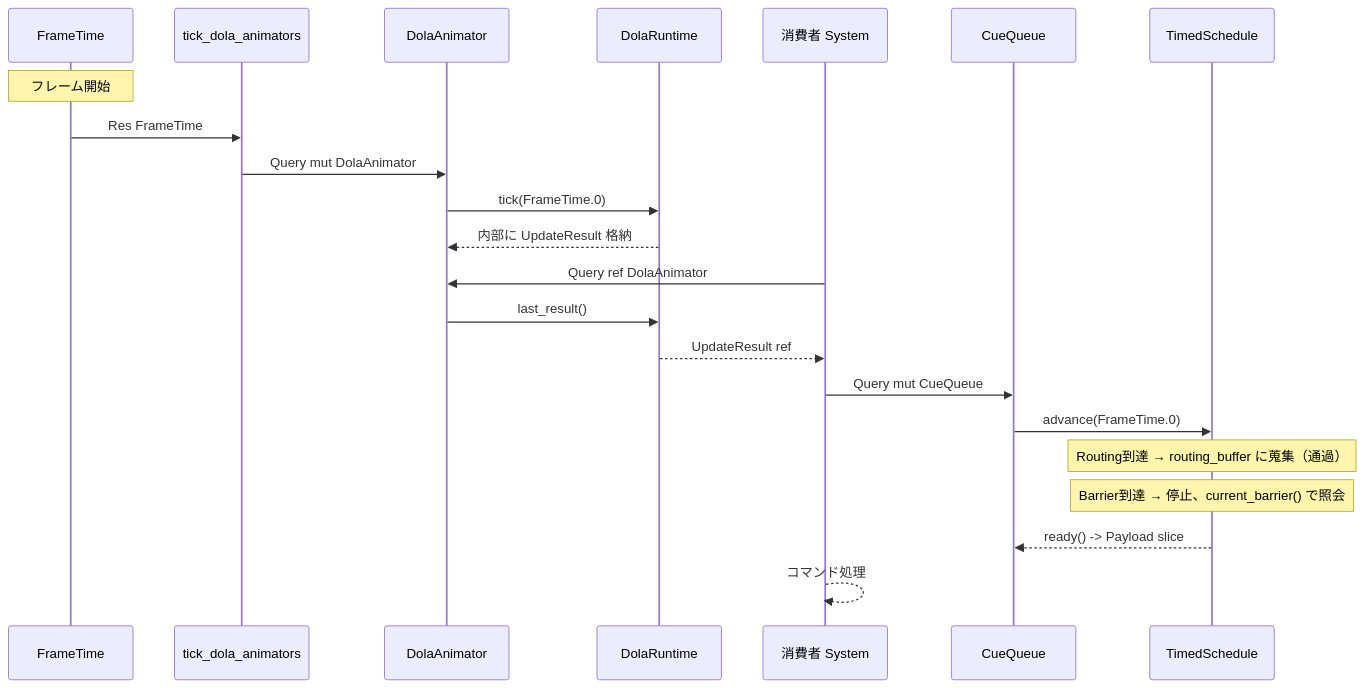
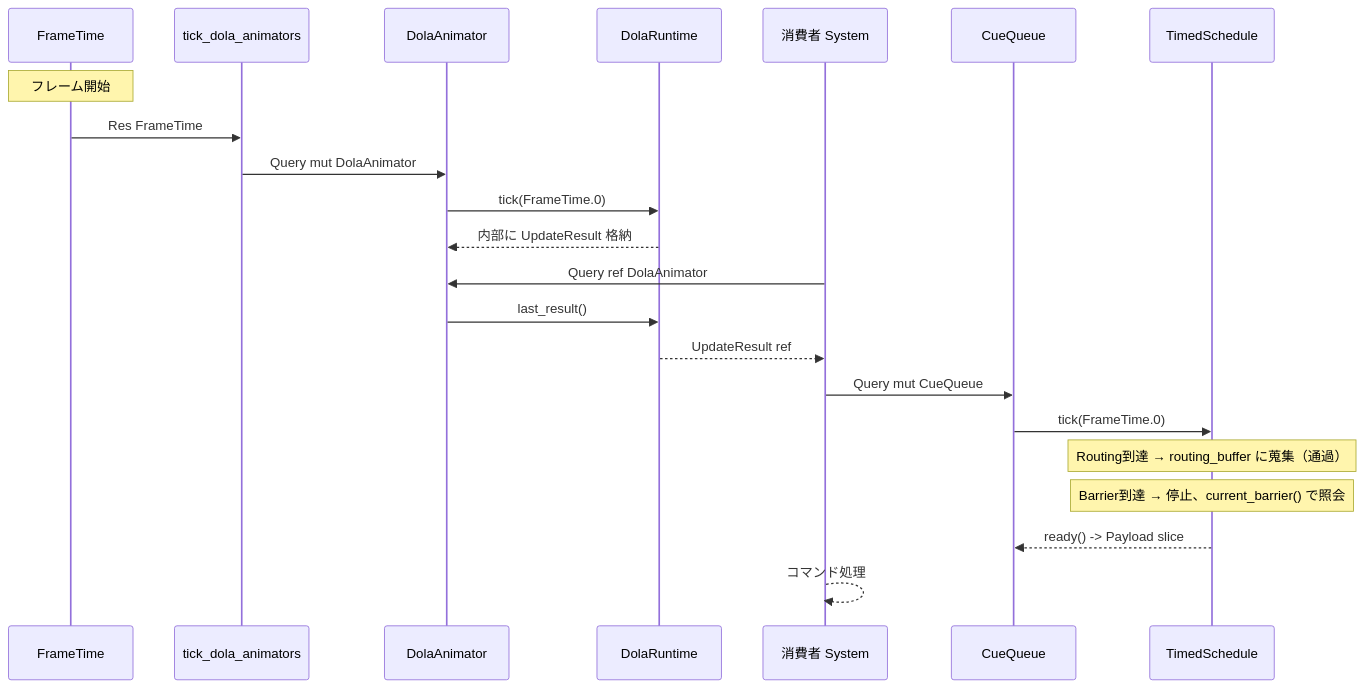
The third of 6 diagrams in .kiro/specs/wintf-P0-dola-boundary/design.md (ekicyou/areka), drawn with Mermaid before and after one commit. The commit also changed other lines of this file and 3 other files, not shown here.

First line of the commit message:
design(dola-boundary): rename advance() -> tick() for API symmetry

````diff
--- a/.kiro/specs/wintf-P0-dola-boundary/design.md
+++ b/.kiro/specs/wintf-P0-dola-boundary/design.md
@@ -148,27 +148,27 @@
 ```mermaid
 sequenceDiagram
     participant FT as FrameTime
     participant TDA as tick_dola_animators
     participant DA as DolaAnimator
     participant DR as DolaRuntime
     participant Consumer as 消費者 System
     participant CQ as CueQueue
     participant TS as TimedSchedule
 
     Note over FT: フレーム開始
     FT->>TDA: Res FrameTime
     TDA->>DA: Query mut DolaAnimator
     DA->>DR: tick(FrameTime.0)
     DR-->>DA: 内部に UpdateResult 格納
 
     Consumer->>DA: Query ref DolaAnimator
     DA->>DR: last_result()
     DR-->>Consumer: UpdateResult ref
 
     Consumer->>CQ: Query mut CueQueue
-    CQ->>TS: advance(FrameTime.0)
+    CQ->>TS: tick(FrameTime.0)
     Note over TS: Routing到達 → routing_buffer に蒐集（通過）
     Note over TS: Barrier到達 → 停止、current_barrier() で照会
     TS-->>CQ: ready() -> Payload slice
     Consumer-->>Consumer: コマンド処理
 ```
````
